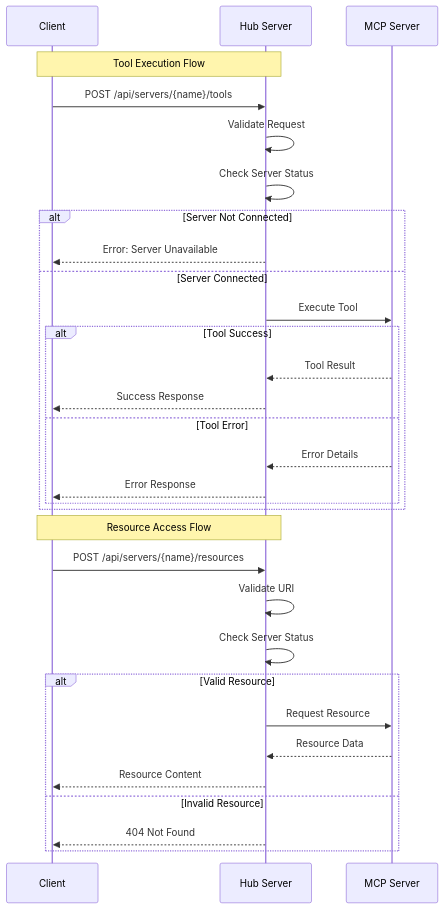
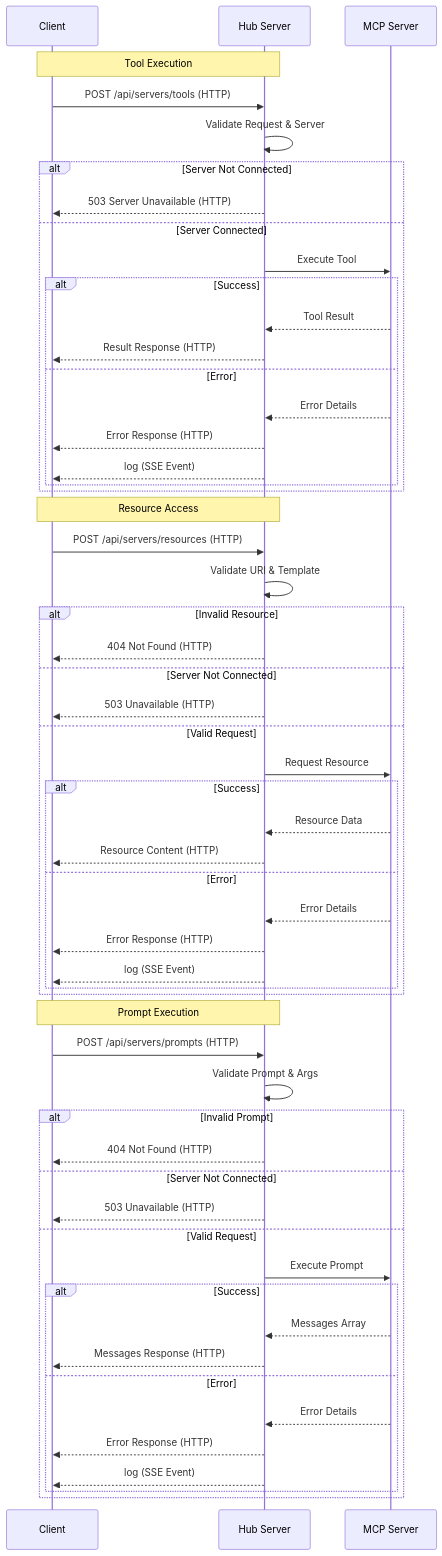
The third of 3 diagrams in README.md (ravitemer/mcp-hub), drawn with Mermaid before and after one commit. The commit also changed other lines of this file and 1 other file, not shown here.

````diff
--- a/README.md
+++ b/README.md
@@ -762,38 +813,67 @@
 ```mermaid
 sequenceDiagram
     participant C as Client
     participant H as Hub Server
     participant M as MCP Server
     
-    Note over C,H: Tool Execution Flow
-    C->>H: POST /api/servers/{name}/tools
-    H->>H: Validate Request
-    H->>H: Check Server Status
+    Note over C,H: Tool Execution
+    C->>H: POST /api/servers/tools (HTTP)
+    H->>H: Validate Request & Server
     
     alt Server Not Connected
-        H-->>C: Error: Server Unavailable
+        H-->>C: 503 Server Unavailable (HTTP)
     else Server Connected
         H->>M: Execute Tool
         
-        alt Tool Success
+        alt Success
             M-->>H: Tool Result
-            H-->>C: Success Response
-        else Tool Error
+            H-->>C: Result Response (HTTP)
+        else Error
             M-->>H: Error Details
-            H-->>C: Error Response
+            H-->>C: Error Response (HTTP)
+            H-->>C: log (SSE Event)
         end
     end
     
-    Note over C,H: Resource Access Flow
-    C->>H: POST /api/servers/{name}/resources
-    H->>H: Validate URI
-    H->>H: Check Server Status
+    Note over C,H: Resource Access
+    C->>H: POST /api/servers/resources (HTTP)
+    H->>H: Validate URI & Template
     
-    alt Valid Resource
+    alt Invalid Resource
+        H-->>C: 404 Not Found (HTTP)
+    else Server Not Connected
+        H-->>C: 503 Unavailable (HTTP)
+    else Valid Request
         H->>M: Request Resource
-        M-->>H: Resource Data
-        H-->>C: Resource Content
-    else Invalid Resource
-        H-->>C: 404 Not Found
+        
+        alt Success
+            M-->>H: Resource Data
+            H-->>C: Resource Content (HTTP)
+        else Error
+            M-->>H: Error Details
+            H-->>C: Error Response (HTTP)
+            H-->>C: log (SSE Event)
+        end
+    end
+    
+    Note over C,H: Prompt Execution
+    C->>H: POST /api/servers/prompts (HTTP)
+    H->>H: Validate Prompt & Args
+    
+    alt Invalid Prompt
+        H-->>C: 404 Not Found (HTTP)
+    else Server Not Connected
+        H-->>C: 503 Unavailable (HTTP)
+    else Valid Request
+        H->>M: Execute Prompt
+        
+        alt Success
+            M-->>H: Messages Array
+            H-->>C: Messages Response (HTTP)
+        else Error
+            M-->>H: Error Details
+            H-->>C: Error Response (HTTP)
+            H-->>C: log (SSE Event)
+        end
     end
 ```
````
